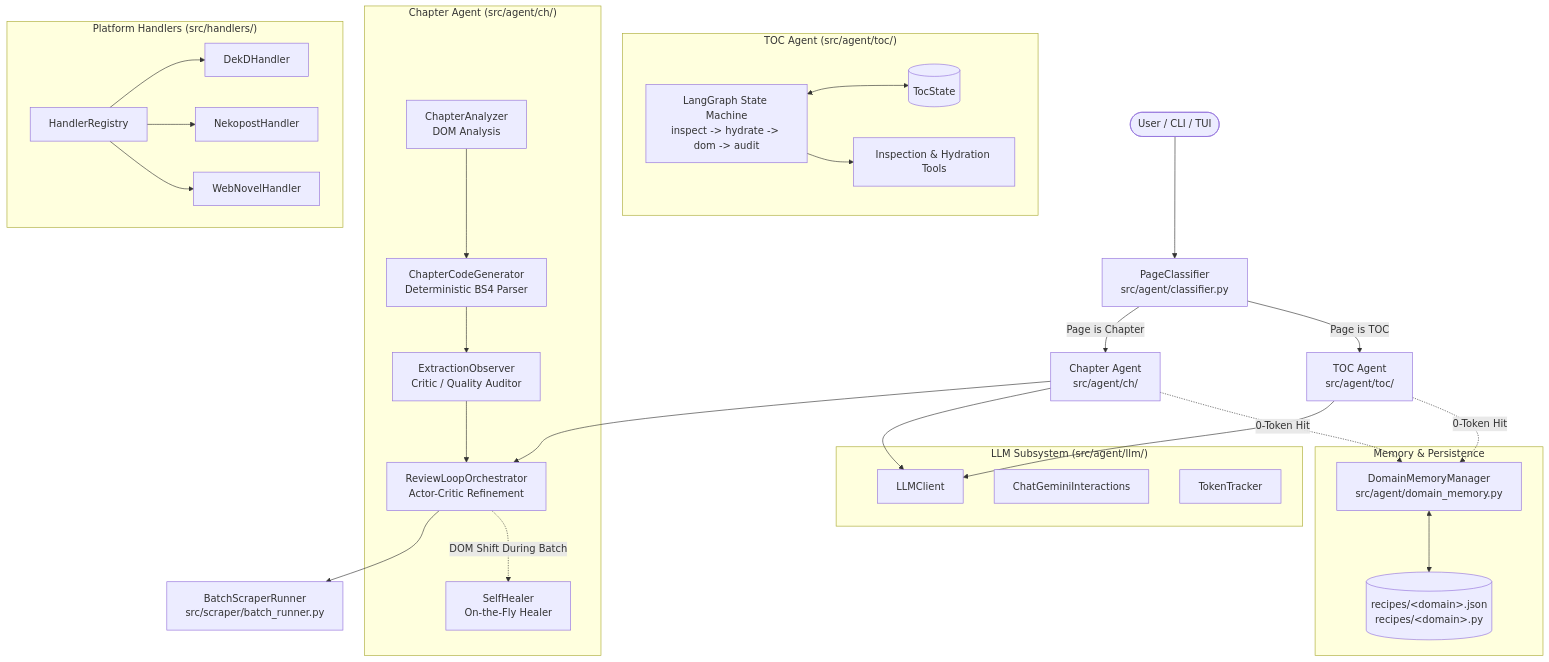
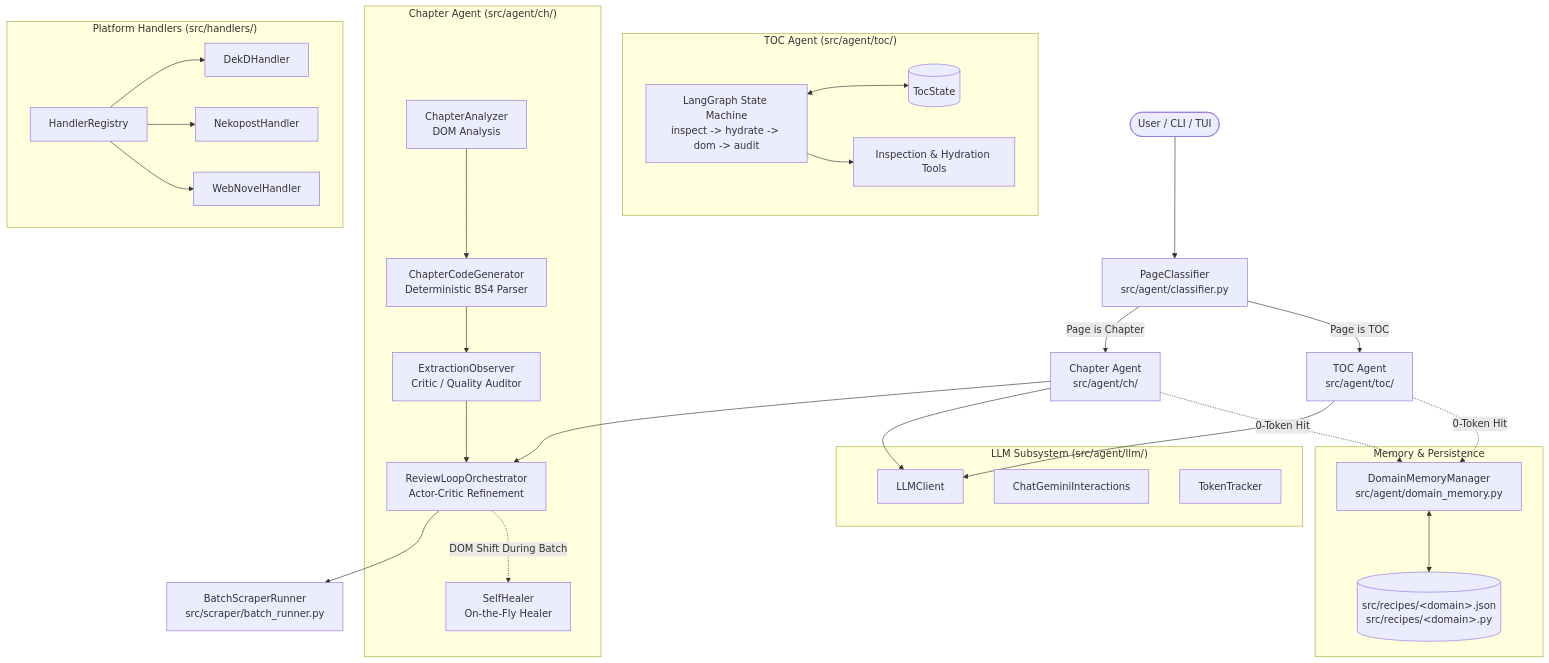
Before and after one commit to Checkmartyr/Novel-Scraper: the first of 3 diagrams in AGENTS.md, drawn with Mermaid. The commit also changed other lines of this file and 33 other files, not shown here.

````diff
--- a/AGENTS.md
+++ b/AGENTS.md
@@ -12,51 +12,51 @@
 ```mermaid
 graph TD
     User([User / CLI / TUI]) --> Router[PageClassifier<br/>src/agent/classifier.py]
     
     Router -->|Page is TOC| TOCAgent[TOC Agent<br/>src/agent/toc/]
     Router -->|Page is Chapter| ChAgent[Chapter Agent<br/>src/agent/ch/]
     
     subgraph "TOC Agent (src/agent/toc/)"
         TOCState[(TocState)]
         LangGraph[LangGraph State Machine<br/>inspect -> hydrate -> dom -> audit]
         TOCTools[Inspection & Hydration Tools]
         LangGraph <--> TOCState
         LangGraph --> TOCTools
     end
 
     subgraph "Chapter Agent (src/agent/ch/)"
         Analyzer[ChapterAnalyzer<br/>DOM Analysis] --> CodeGen[ChapterCodeGenerator<br/>Deterministic BS4 Parser]
         CodeGen --> Observer[ExtractionObserver<br/>Critic / Quality Auditor]
         Observer --> ReviewLoop[ReviewLoopOrchestrator<br/>Actor-Critic Refinement]
         ReviewLoop -.->|DOM Shift During Batch| SelfHealer[SelfHealer<br/>On-the-Fly Healer]
     end
 
     subgraph "Memory & Persistence"
         Mem[DomainMemoryManager<br/>src/agent/domain_memory.py]
-        FastPath[(recipes/&lt;domain&gt;.json<br/>recipes/&lt;domain&gt;.py)]
+        FastPath[(src/recipes/&lt;domain&gt;.json<br/>src/recipes/&lt;domain&gt;.py)]
         Mem <--> FastPath
     end
 
     subgraph "Platform Handlers (src/handlers/)"
         HReg[HandlerRegistry]
         DekD[DekDHandler]
         Neko[NekopostHandler]
         WN[WebNovelHandler]
         HReg --> DekD
         HReg --> Neko
         HReg --> WN
     end
 
     subgraph "LLM Subsystem (src/agent/llm/)"
         LLMC[LLMClient]
         Interactions[ChatGeminiInteractions]
         Tracker[TokenTracker]
     end
 
     TOCAgent -.->|0-Token Hit| Mem
     ChAgent -.->|0-Token Hit| Mem
     TOCAgent --> LLMC
     ChAgent --> LLMC
     ChAgent --> ReviewLoop
     ReviewLoop --> Scraper[BatchScraperRunner<br/>src/scraper/batch_runner.py]
 ```
````
